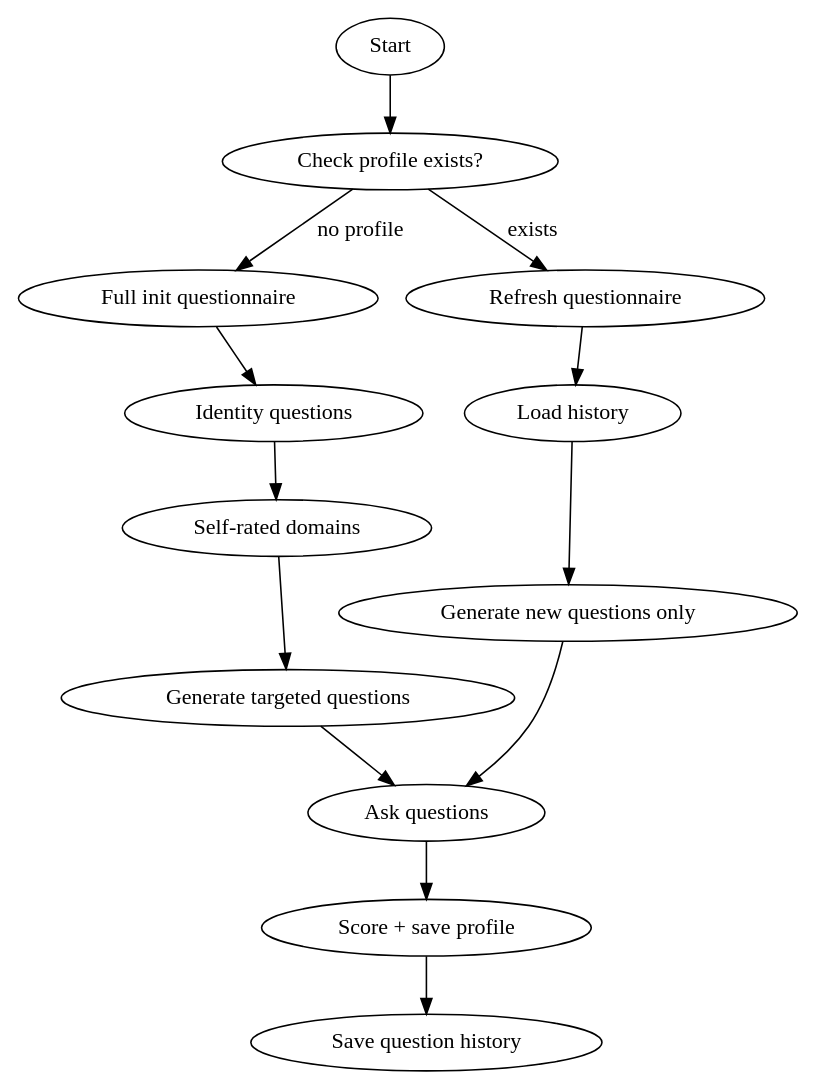
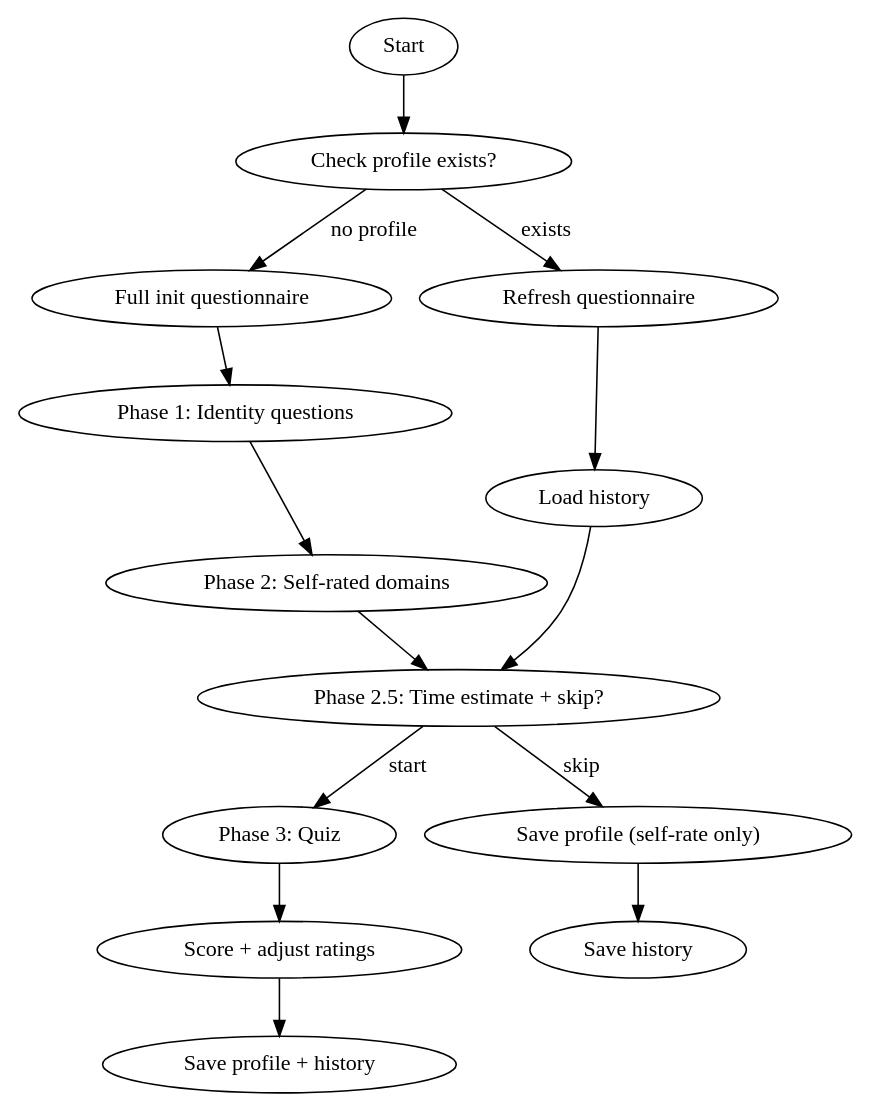
One commit to ut0p1an/knowledge_tracker changed the diagram in skills/kb-assess/SKILL.md. Above: the diagram before and after it, drawn with Graphviz. The commit also changed other lines of this file and 9 other files, not shown here.

````diff
--- a/skills/kb-assess/SKILL.md
+++ b/skills/kb-assess/SKILL.md
@@ -14,16 +14,17 @@
 ```dot
 digraph assess {
     "Start" -> "Check profile exists?";
     "Check profile exists?" -> "Full init questionnaire" [label="no profile"];
     "Check profile exists?" -> "Refresh questionnaire" [label="exists"];
-    "Full init questionnaire" -> "Identity questions";
-    "Identity questions" -> "Self-rated domains";
-    "Self-rated domains" -> "Generate targeted questions";
-    "Generate targeted questions" -> "Ask questions";
-    "Ask questions" -> "Score + save profile";
+    "Full init questionnaire" -> "Phase 1: Identity questions";
+    "Phase 1: Identity questions" -> "Phase 2: Self-rated domains";
+    "Phase 2: Self-rated domains" -> "Phase 2.5: Time estimate + skip?";
+    "Phase 2.5: Time estimate + skip?" -> "Phase 3: Quiz" [label="start"];
+    "Phase 2.5: Time estimate + skip?" -> "Save profile (self-rate only)" [label="skip"];
+    "Phase 3: Quiz" -> "Score + adjust ratings";
+    "Score + adjust ratings" -> "Save profile + history";
+    "Save profile (self-rate only)" -> "Save history";
     "Refresh questionnaire" -> "Load history";
-    "Load history" -> "Generate new questions only";
-    "Generate new questions only" -> "Ask questions";
-    "Score + save profile" -> "Save question history";
+    "Load history" -> "Phase 2.5: Time estimate + skip?";
 }
 ```
````
